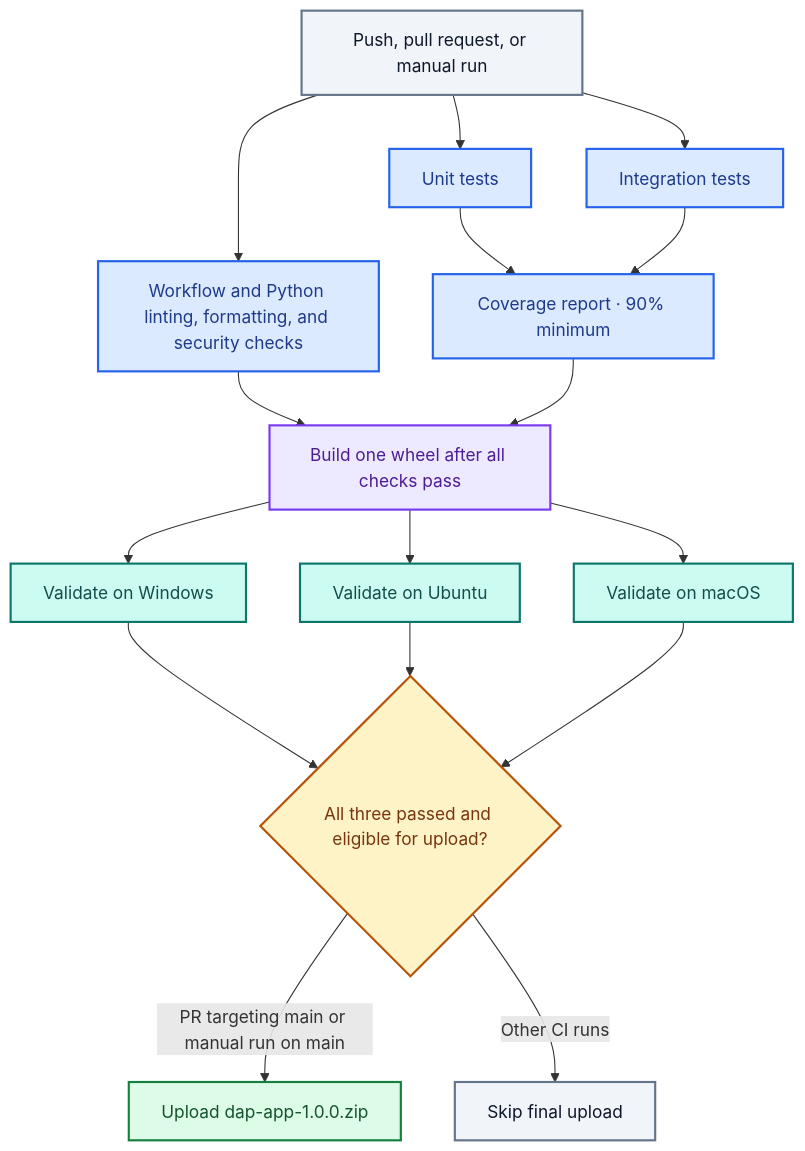
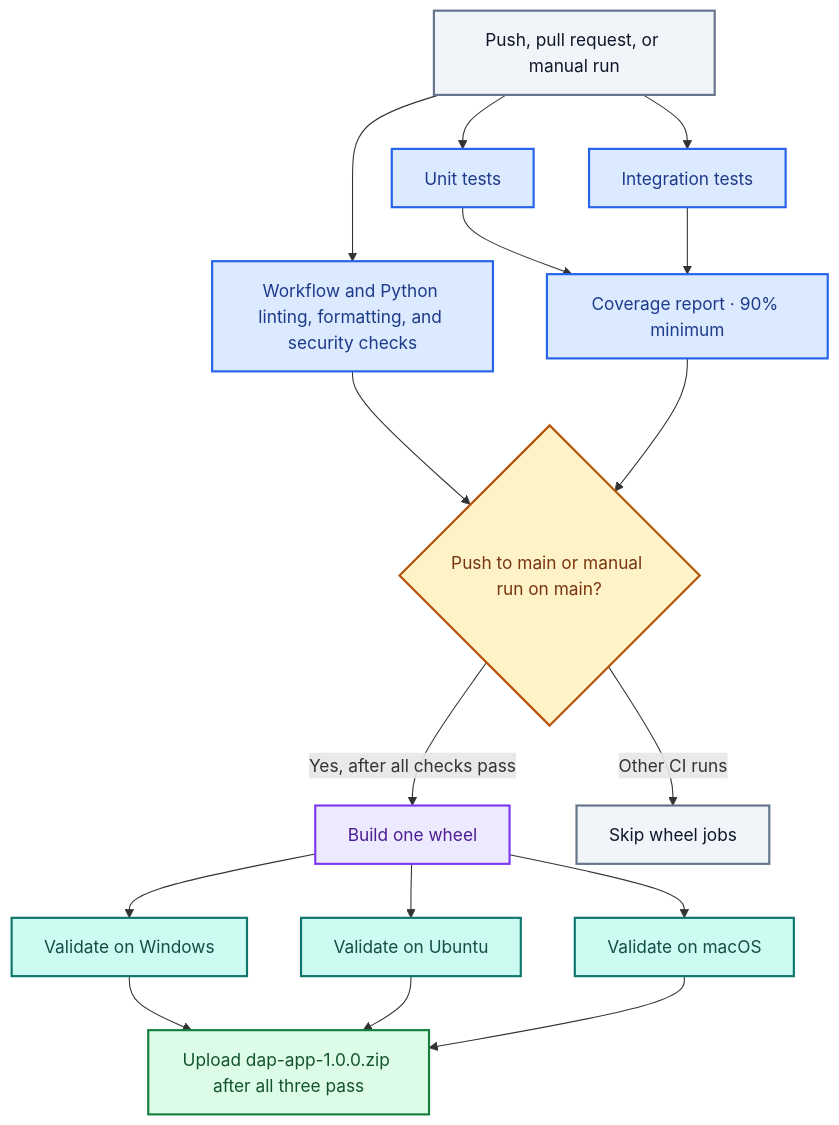
One commit to OllieOzzy/cmsc495-social-worker-ai-assistant changed the second of 3 diagrams in README.md. Above: the diagram before and after it, drawn with Mermaid. The commit also changed other lines of this file and 1 other file, not shown here.

Commit message:
Limit wheel build and validation to main branch runs.

````diff
--- a/README.md
+++ b/README.md
@@ -169,36 +169,36 @@
 ```mermaid
 flowchart TD
     Start["Push, pull request, or manual run"]
     Start --> Checks["Workflow and Python linting, formatting, and security checks"]
     Start --> Unit["Unit tests"]
     Start --> Integration["Integration tests"]
 
     Unit --> Coverage["Coverage report · 90% minimum"]
     Integration --> Coverage
-    Checks --> Build["Build one wheel after all checks pass"]
-    Coverage --> Build
+    Checks --> Eligible{"Push to main or manual run on main?"}
+    Coverage --> Eligible
+    Eligible -->|"Yes, after all checks pass"| Build["Build one wheel"]
+    Eligible -->|"Other CI runs"| Skip["Skip wheel jobs"]
 
     Build --> Windows["Validate on Windows"]
     Build --> Linux["Validate on Ubuntu"]
     Build --> Mac["Validate on macOS"]
 
-    Windows --> Gate{"All three passed and eligible for upload?"}
-    Linux --> Gate
-    Mac --> Gate
-    Gate -->|"PR targeting main or manual run on main"| Upload["Upload dap-app-1.0.0.zip"]
-    Gate -->|"Other CI runs"| Skip["Skip final upload"]
+    Windows --> Upload["Upload dap-app-1.0.0.zip after all three pass"]
+    Linux --> Upload
+    Mac --> Upload
 
     classDef trigger fill:#F1F5F9,stroke:#64748B,color:#0F172A,stroke-width:2px
     classDef checks fill:#DBEAFE,stroke:#2563EB,color:#1E3A8A,stroke-width:2px
     classDef build fill:#EDE9FE,stroke:#7C3AED,color:#4C1D95,stroke-width:2px
     classDef validation fill:#CCFBF1,stroke:#0F766E,color:#134E4A,stroke-width:2px
     classDef decision fill:#FEF3C7,stroke:#B45309,color:#78350F,stroke-width:2px
     classDef artifact fill:#DCFCE7,stroke:#15803D,color:#14532D,stroke-width:2px
 
     class Start,Skip trigger
     class Checks,Unit,Integration,Coverage checks
     class Build build
     class Windows,Linux,Mac validation
-    class Gate decision
+    class Eligible decision
     class Upload artifact
 ```
````
